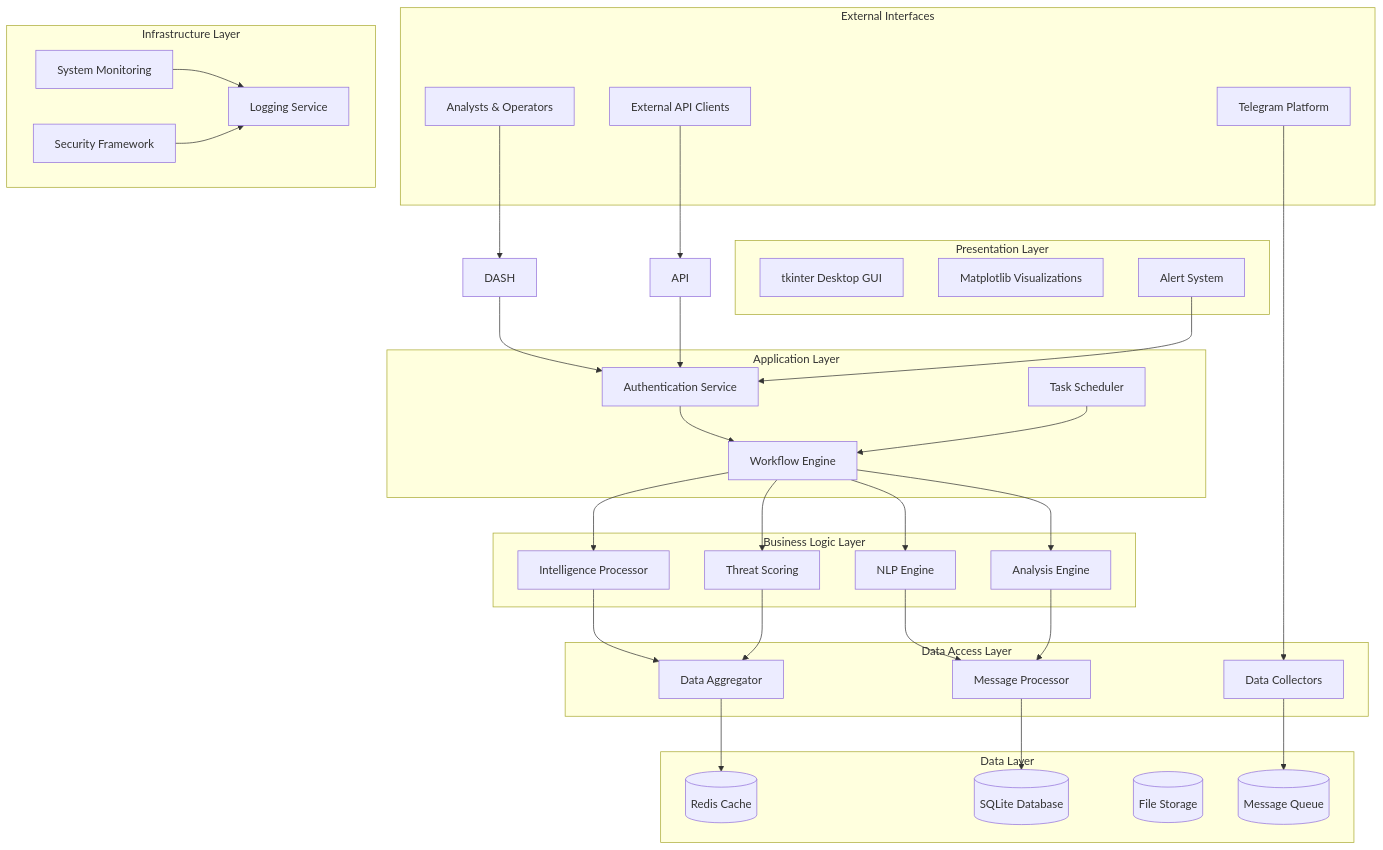
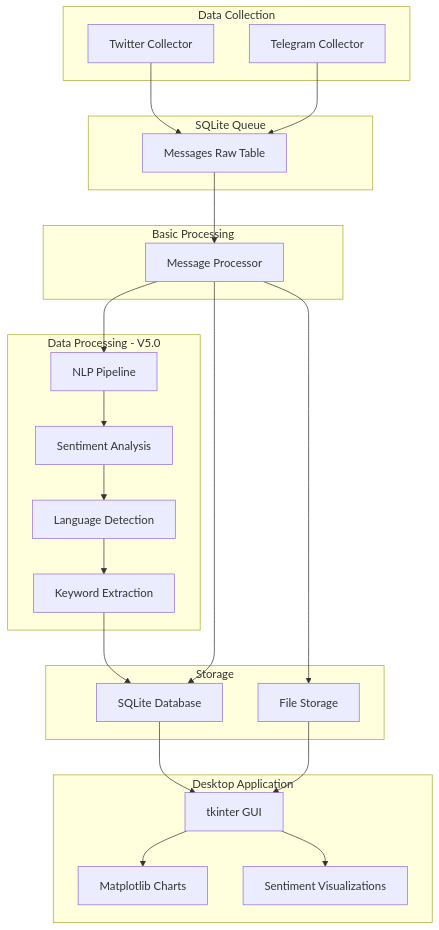
The diagram in docs/architecture/overview.md (Divesh-Kshirsagar/Anti-India-Campaigns-Detector), drawn with Mermaid before and after one commit. The commit also changed other lines of this file and 7 other files, not shown here.

````diff
--- a/docs/architecture/overview.md
+++ b/docs/architecture/overview.md
@@ -9,75 +8,49 @@
 ```mermaid
-graph TB
-    subgraph "External Interfaces"
-        TG[Telegram Platform]
-        USERS[Analysts & Operators]
-        API_CLIENTS[External API Clients]
+flowchart TD
+    subgraph DataCollection[Data Collection]
+        A[Twitter Collector]
+        B[Telegram Collector]
     end
-    
-    subgraph "Presentation Layer"
-        GUI[tkinter Desktop GUI]
-        CHARTS[Matplotlib Visualizations]
-        ALERTS[Alert System]
+
+    subgraph Queue[SQLite Queue]
+        C[Messages Raw Table]
     end
-    
-    subgraph "Application Layer"
-        AUTH[Authentication Service]
-        SCHED[Task Scheduler]
-        WORKFLOW[Workflow Engine]
+
+    subgraph Processing[Basic Processing]
+        D[Message Processor]
     end
-    
-    subgraph "Business Logic Layer"
-        NLP[NLP Engine]
-        ANALYSIS[Analysis Engine]
-        INTEL[Intelligence Processor]
-        SCORING[Threat Scoring]
+
+    subgraph DataProcessing[Data Processing - V5.0]
+        E[NLP Pipeline]
+        F[Sentiment Analysis]
+        G[Language Detection]
+        H[Keyword Extraction]
     end
-    
-    subgraph "Data Access Layer"
-        COLLECTOR[Data Collectors]
-        PROCESSOR[Message Processor]
-        AGGREGATOR[Data Aggregator]
+
+    subgraph Storage[Storage]
+        I[SQLite Database]
+        J[File Storage]
     end
-    
-    subgraph "Data Layer"
-        CACHE[(Redis Cache)]
-        DB[(SQLite Database)]
-        FILES[(File Storage)]
-        QUEUE[(Message Queue)]
+
+    subgraph UI[Desktop Application]
+        K[tkinter GUI]
+        L[Matplotlib Charts]
+        M[Sentiment Visualizations]
     end
-    
-    subgraph "Infrastructure Layer"
-        MONITOR[System Monitoring]
-        LOG[Logging Service]
-        SECURITY[Security Framework]
-    end
-    
+
     %% Connections
-    TG --> COLLECTOR
-    USERS --> DASH
-    API_CLIENTS --> API
-    
-    DASH --> AUTH
-    API --> AUTH
-    ALERTS --> AUTH
-    
-    AUTH --> WORKFLOW
-    SCHED --> WORKFLOW
-    
-    WORKFLOW --> NLP
-    WORKFLOW --> ANALYSIS
-    WORKFLOW --> INTEL
-    WORKFLOW --> SCORING
-    
-    NLP --> PROCESSOR
-    ANALYSIS --> PROCESSOR
-    INTEL --> AGGREGATOR
-    SCORING --> AGGREGATOR
-    
-    COLLECTOR --> QUEUE
-    PROCESSOR --> DB
-    AGGREGATOR --> CACHE
-    
-    MONITOR --> LOG
-    SECURITY --> LOG
+    A --> C
+    B --> C
+    C --> D
+    D --> E
+    E --> F
+    F --> G
+    G --> H
+    H --> I
+    D --> I
+    D --> J
+    I --> K
+    J --> K
+    K --> L
+    K --> M
 ```
````
